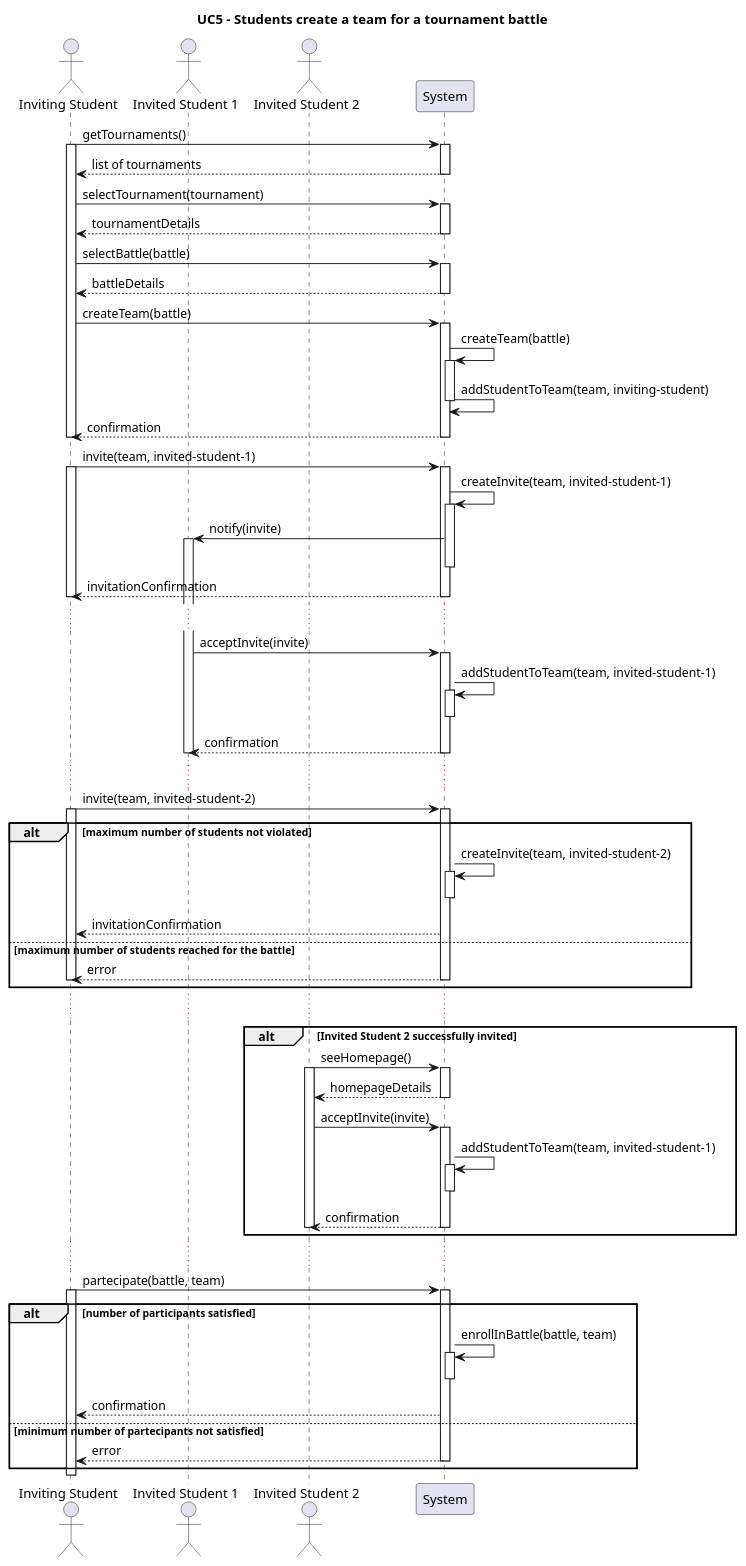
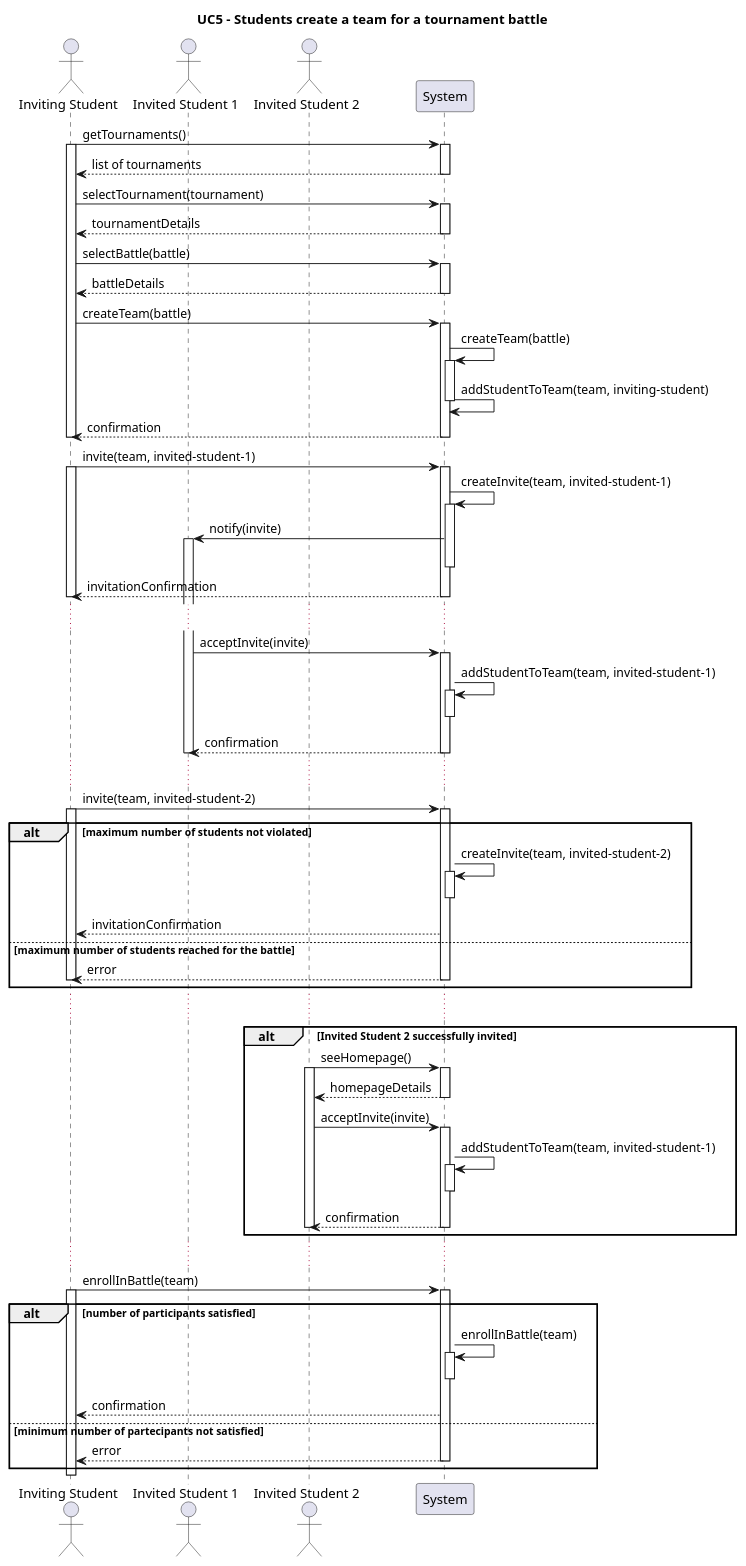
One commit to Furrrlo/CodeKataBattle changed the diagram in rasd/puml/UC5.puml. Above: the diagram before and after it, drawn with PlantUML.

Commit message:
Fix UC5
enrollInBattle does not need battleId

```diff
--- a/rasd/puml/UC5.puml
+++ b/rasd/puml/UC5.puml
@@ -1,75 +1,75 @@
 @startuml UC5
 title UC5 - Students create a team for a tournament battle   
 actor "Inviting Student" as inviting
 actor "Invited Student 1" as notif
 actor "Invited Student 2" as invited
 participant System
 
 inviting -> System ++: getTournaments()
 activate inviting
 System --> inviting--: list of tournaments
 
 inviting -> System ++ : selectTournament(tournament)
 
 inviting <-- System -- : tournamentDetails
 
 inviting -> System ++ : selectBattle(battle)
 inviting <-- System -- : battleDetails
 
 inviting -> System ++ : createTeam(battle)
 System -> System ++ : createTeam(battle)
 System -> System -- : addStudentToTeam(team, inviting-student)
 inviting <-- System -- : confirmation
 deactivate inviting
 
 inviting -> System ++ : invite(team, invited-student-1)
 activate inviting
 System -> System ++ : createInvite(team, invited-student-1)
 notif <- System  ++-- : notify(invite)
 inviting <-- System -- : invitationConfirmation
 deactivate inviting
 
 ...
 
 notif -> System ++ : acceptInvite(invite)
 System -> System ++-- : addStudentToTeam(team, invited-student-1)
 notif <-- System -- : confirmation
 deactivate notif
 
 ...
 
 inviting -> System ++ : invite(team, invited-student-2)
 alt maximum number of students not violated
         activate inviting
         System -> System ++-- : createInvite(team, invited-student-2)
         inviting <-- System  : invitationConfirmation
         
     else maximum number of students reached for the battle
         inviting <-- System -- : error
         deactivate inviting
 end
     ...
 
 alt Invited Student 2 successfully invited
     invited -> System ++ : seeHomepage()
     activate invited
     invited <-- System -- : homepageDetails
 
     invited -> System ++ : acceptInvite(invite)
     System -> System ++-- : addStudentToTeam(team, invited-student-1)
     invited <-- System -- : confirmation
     deactivate invited
 end
 
 ...
-inviting -> System ++ : partecipate(battle, team)
+inviting -> System ++ : enrollInBattle(team)
 alt number of participants satisfied
     activate inviting
-    System -> System ++-- : enrollInBattle(battle, team)
+    System -> System ++-- : enrollInBattle(team)
     inviting <-- System : confirmation
 else minimum number of partecipants not satisfied
     inviting <-- System -- : error
 end
 deactivate inviting
 
 @enduml
```
